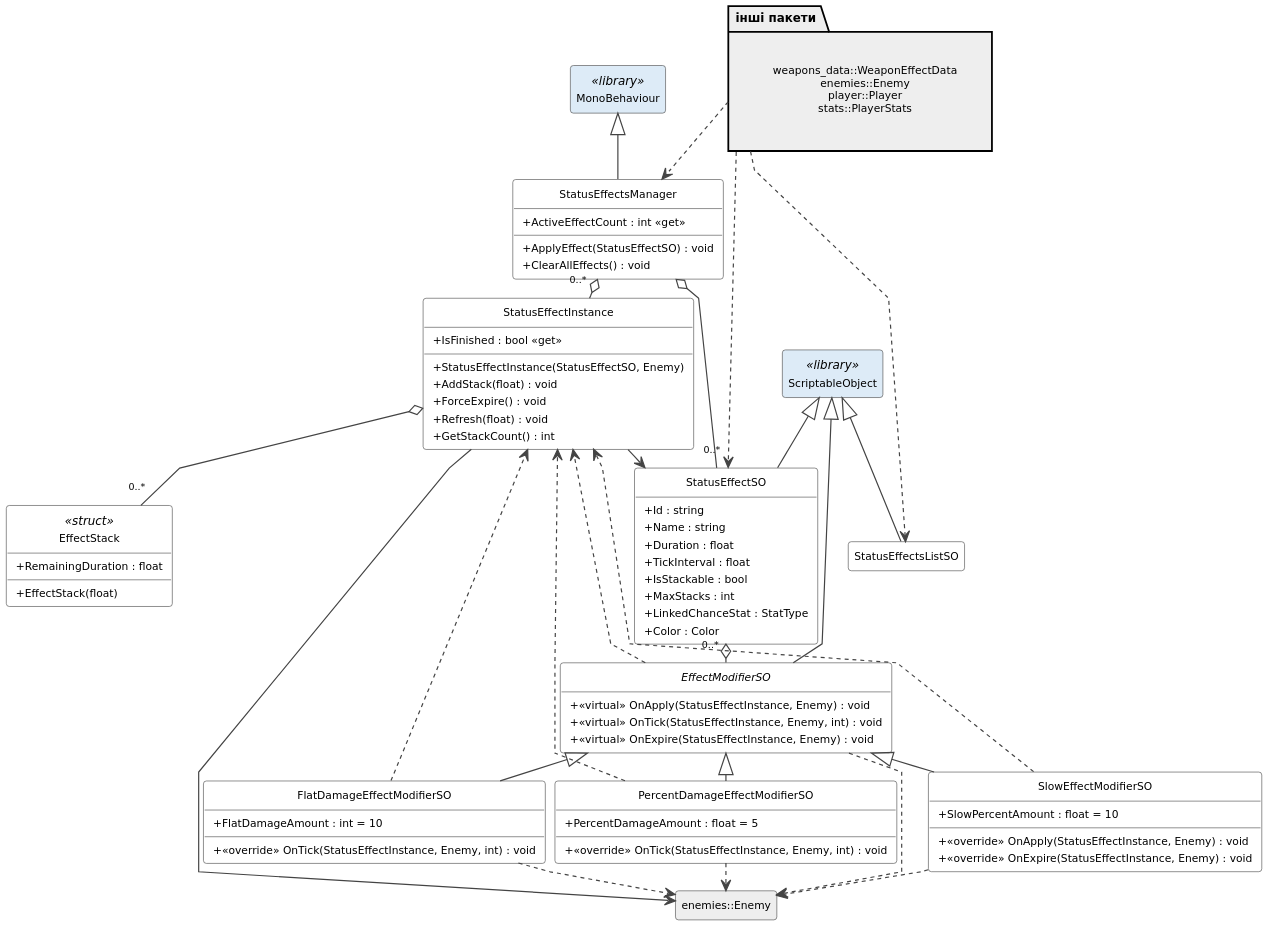
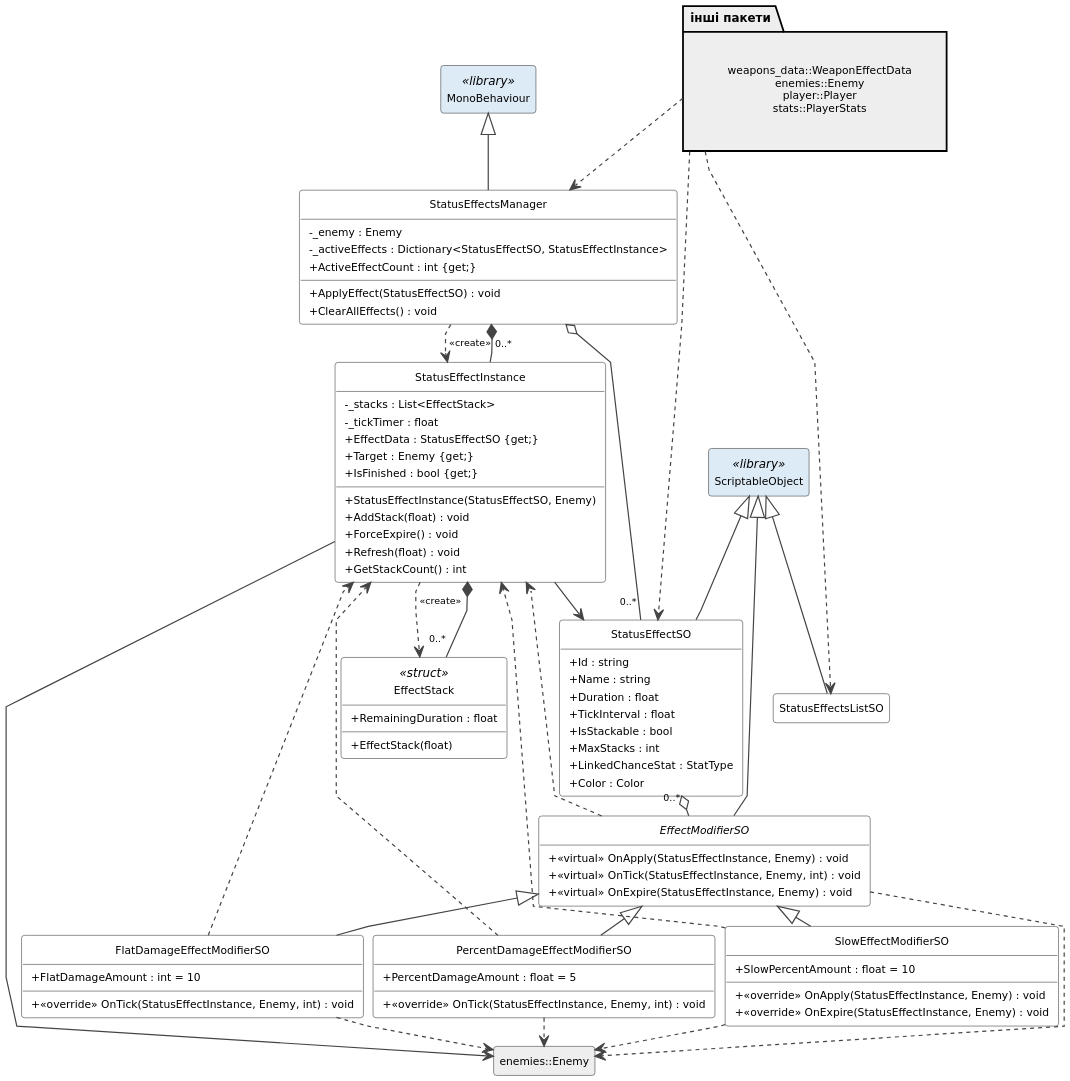
The diagram in Diagrams/Class/effects.puml (Rot1k/Undead_Harvest), drawn with PlantUML before and after one commit. The commit also changed 138 other files, not shown here.

```diff
--- a/Diagrams/Class/effects.puml
+++ b/Diagrams/Class/effects.puml
@@ -1,109 +1,117 @@
 @startuml
 skinparam style strictuml
 skinparam classAttributeIconSize 0
 skinparam dpi 200
 skinparam shadowing false
 skinparam defaultFontName DejaVu Sans
 skinparam defaultFontSize 10
 skinparam classFontSize 10
 skinparam classAttributeFontSize 9
 skinparam stereotypeFontSize 8
 skinparam ranksep 16
 skinparam nodesep 8
 skinparam padding 2
 skinparam ClassBackgroundColor White
 skinparam ClassBorderColor #444444
 skinparam ArrowColor #444444
 skinparam ArrowFontSize 8
 skinparam linetype polyline
 skinparam class<<grp>> {
   BackgroundColor White
   BorderColor #444444
 }
 skinparam class<<names>> {
   BackgroundColor transparent
   BorderColor transparent
 }
 hide <<names>> stereotype
 hide <<grp>> stereotype
 hide circle
 top to bottom direction
 hide empty members
 
 class StatusEffectsManager {
-  + ActiveEffectCount : int <<get>>
+  - _enemy : Enemy
+  - _activeEffects : Dictionary<StatusEffectSO, StatusEffectInstance>
+  + ActiveEffectCount : int {get;}
   + ApplyEffect(StatusEffectSO) : void
   + ClearAllEffects() : void
 }
 class StatusEffectInstance {
-  + IsFinished : bool <<get>>
+  - _stacks : List<EffectStack>
+  - _tickTimer : float
+  + EffectData : StatusEffectSO {get;}
+  + Target : Enemy {get;}
+  + IsFinished : bool {get;}
   + StatusEffectInstance(StatusEffectSO, Enemy)
   + AddStack(float) : void
   + ForceExpire() : void
   + Refresh(float) : void
   + GetStackCount() : int
 }
 class EffectStack <<struct>> {
   + RemainingDuration : float
   + EffectStack(float)
 }
 class StatusEffectSO {
   + Id : string
   + Name : string
   + Duration : float
   + TickInterval : float
   + IsStackable : bool
   + MaxStacks : int
   + LinkedChanceStat : StatType
   + Color : Color
 }
 class StatusEffectsListSO
 abstract class EffectModifierSO {
   + <<virtual>> OnApply(StatusEffectInstance, Enemy) : void
   + <<virtual>> OnTick(StatusEffectInstance, Enemy, int) : void
   + <<virtual>> OnExpire(StatusEffectInstance, Enemy) : void
 }
 class FlatDamageEffectModifierSO {
   + FlatDamageAmount : int = 10
   + <<override>> OnTick(StatusEffectInstance, Enemy, int) : void
 }
 class PercentDamageEffectModifierSO {
   + PercentDamageAmount : float = 5
   + <<override>> OnTick(StatusEffectInstance, Enemy, int) : void
 }
 class SlowEffectModifierSO {
   + SlowPercentAmount : float = 10
   + <<override>> OnApply(StatusEffectInstance, Enemy) : void
   + <<override>> OnExpire(StatusEffectInstance, Enemy) : void
 }
 class "enemies::Enemy" as Enemy #EEEEEE
 class ScriptableObject <<library>> #DDEBF7
 class MonoBehaviour <<library>> #DDEBF7
 package "інші пакети" as IN_all #EEEEEE {
   class "weapons_data::WeaponEffectData\nenemies::Enemy\nplayer::Player\nstats::PlayerStats" as IN_all_n <<names>>
 }
 ScriptableObject <|-- EffectModifierSO
 EffectModifierSO <|-- FlatDamageEffectModifierSO
 EffectModifierSO <|-- PercentDamageEffectModifierSO
 EffectModifierSO <|-- SlowEffectModifierSO
 ScriptableObject <|-- StatusEffectsListSO
 ScriptableObject <|-- StatusEffectSO
 MonoBehaviour <|-- StatusEffectsManager
 StatusEffectInstance --> StatusEffectSO
-StatusEffectInstance o-- "0..*" EffectStack
+StatusEffectInstance *-- "0..*" EffectStack
+StatusEffectInstance ..> EffectStack : <<create>>
+StatusEffectsManager ..> StatusEffectInstance : <<create>>
 StatusEffectSO o-- "0..*" EffectModifierSO
 StatusEffectsManager o-- "0..*" StatusEffectSO
-StatusEffectsManager o-- "0..*" StatusEffectInstance
+StatusEffectsManager *-- "0..*" StatusEffectInstance
 EffectModifierSO ..> StatusEffectInstance
 FlatDamageEffectModifierSO ..> StatusEffectInstance
 PercentDamageEffectModifierSO ..> StatusEffectInstance
 SlowEffectModifierSO ..> StatusEffectInstance
 StatusEffectInstance --> Enemy
 EffectModifierSO ..> Enemy
 FlatDamageEffectModifierSO ..> Enemy
 PercentDamageEffectModifierSO ..> Enemy
 SlowEffectModifierSO ..> Enemy
 IN_all ..> StatusEffectSO
 IN_all ..> StatusEffectsManager
 IN_all ..> StatusEffectsListSO
 @enduml
```
